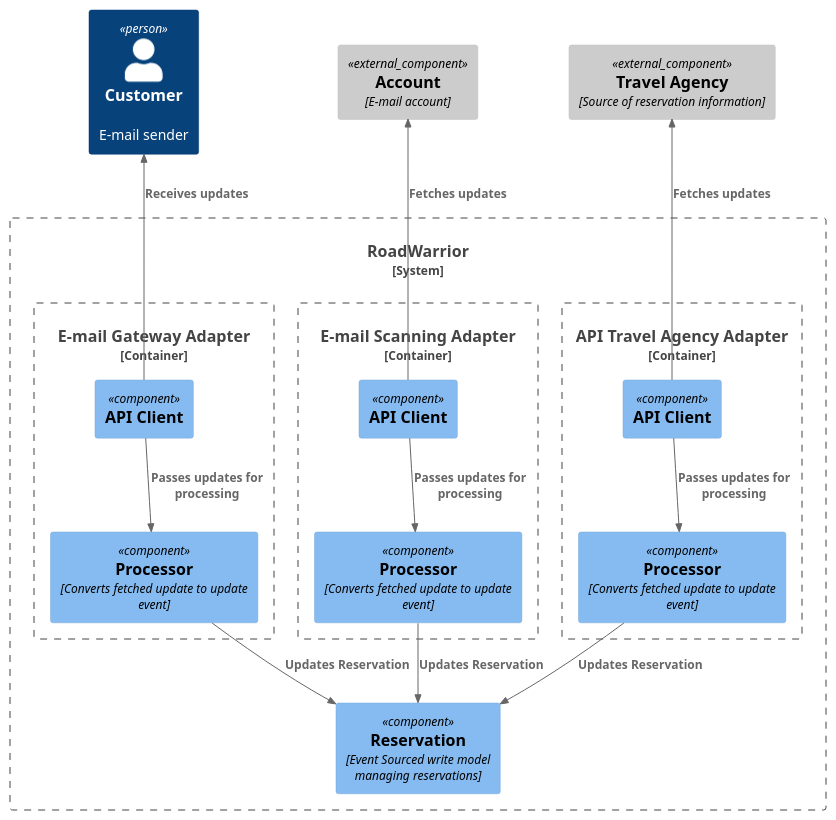
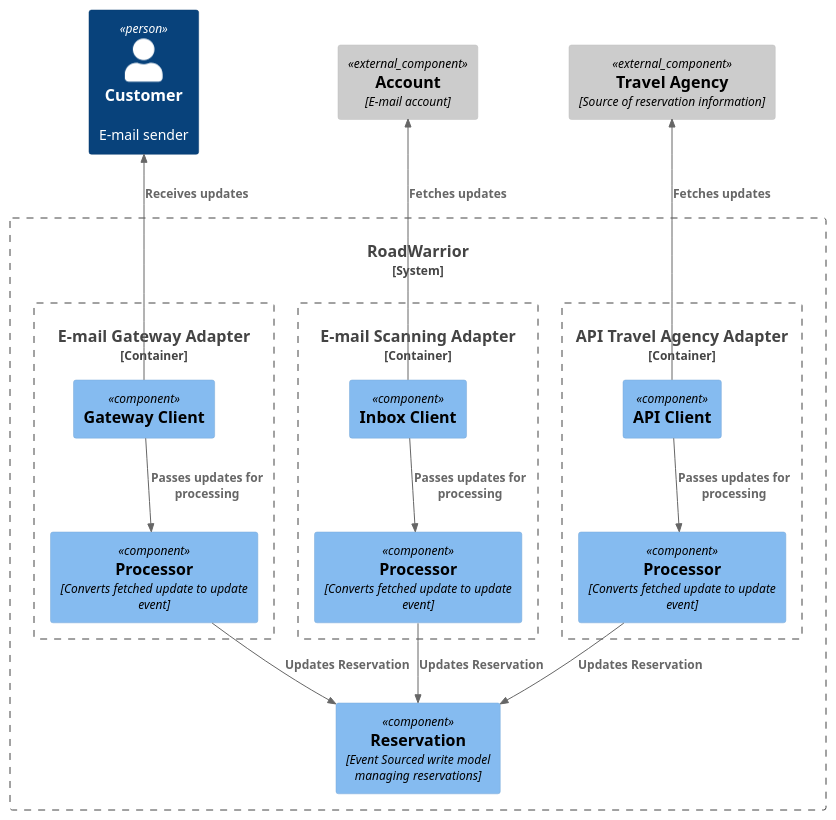
One commit to pabloflego/arch-katas-2023 changed the diagram in c4/C4L3_component_adapter.puml. Above: the diagram before and after it, drawn with PlantUML.

Commit message:
c4 update - wording

```diff
--- a/c4/C4L3_component_adapter.puml
+++ b/c4/C4L3_component_adapter.puml
@@ -1,40 +1,40 @@
 @startuml
 !include <c4/C4_Component.puml>
 
 System_Boundary(roadwarrior, "RoadWarrior") {
 
     Container_Boundary(adapter_api, "API Travel Agency Adapter") {
         Component(api_cli, "API Client", "")
         Component(api_processor, "Processor", "Converts fetched update to update event")
     }
 
     Container_Boundary(adapter_mail, "E-mail Scanning Adapter") {
-        Component(mail_cli, "API Client", "")
+        Component(mail_cli, "Inbox Client", "")
         Component(mail_processor, "Processor", "Converts fetched update to update event")
     }
 
     Container_Boundary(adapter_gateway, "E-mail Gateway Adapter") {
-        Component(gateway_cli, "API Client", "")
+        Component(gateway_cli, "Gateway Client", "")
         Component(gateway_processor, "Processor", "Converts fetched update to update event")
     }
 
     Component(reservation, "Reservation", "Event Sourced write model managing reservations")
 }
 
 Component_Ext(api, "Travel Agency", "Source of reservation information")
 Component_Ext(mail, "Account", "E-mail account")
 Person(sender, "Customer", "E-mail sender")
 
 Rel_U(api_cli, api, "Fetches updates")
 Rel(api_cli, api_processor, "Passes updates for processing")
 Rel(api_processor, reservation, "Updates Reservation")
 
 Rel_U(mail_cli, mail, "Fetches updates")
 Rel(mail_cli, mail_processor, "Passes updates for processing")
 Rel(mail_processor, reservation, "Updates Reservation")
 
 Rel_U(gateway_cli, sender, "Receives updates")
 Rel(gateway_cli, gateway_processor, "Passes updates for processing")
 Rel(gateway_processor, reservation, "Updates Reservation")
 
 @enduml
```
